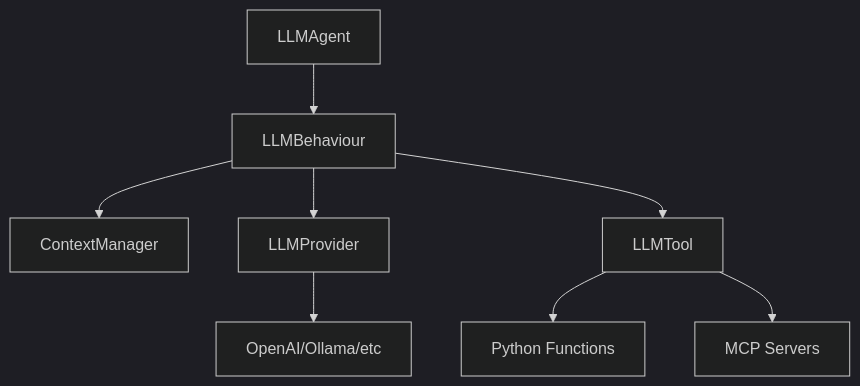
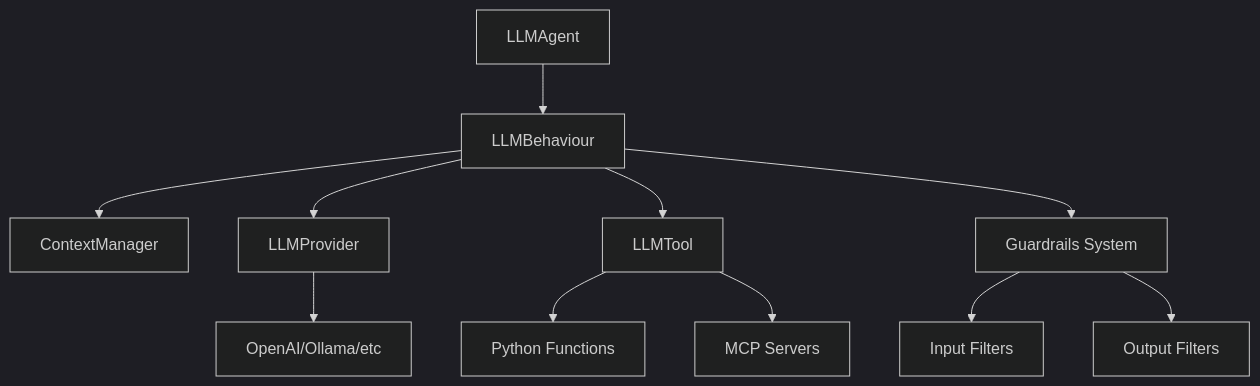
One commit to sosanzma/spade_llm changed the first of 2 diagrams in docs/docs/guides/architecture.md. Above: the diagram before and after it, drawn with Mermaid (dark theme). The commit also changed 5 other files, not shown here.

````diff
--- a/docs/docs/guides/architecture.md
+++ b/docs/docs/guides/architecture.md
@@ -7,11 +7,14 @@
 ```mermaid
 graph TB
     A[LLMAgent] --> B[LLMBehaviour]
     B --> C[ContextManager]
     B --> D[LLMProvider]
     B --> E[LLMTool]
+    B --> I[Guardrails System]
     
     D --> F[OpenAI/Ollama/etc]
     E --> G[Python Functions]
     E --> H[MCP Servers]
+    I --> J[Input Filters]
+    I --> K[Output Filters]
 ```
````
